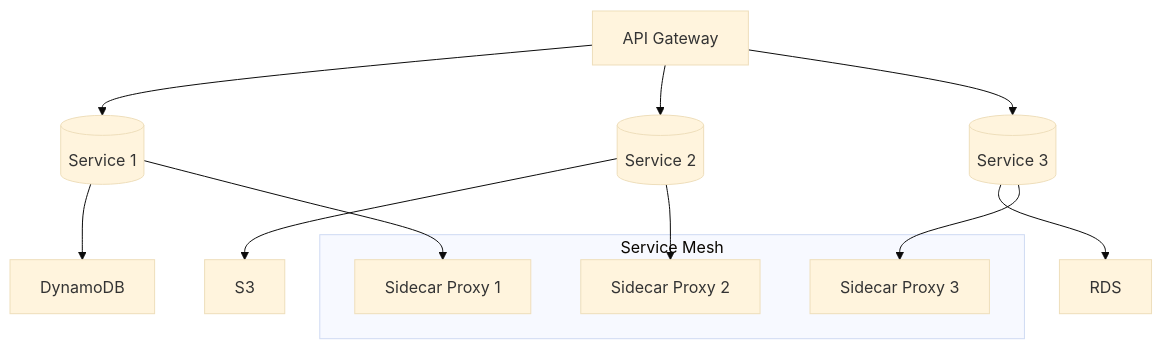
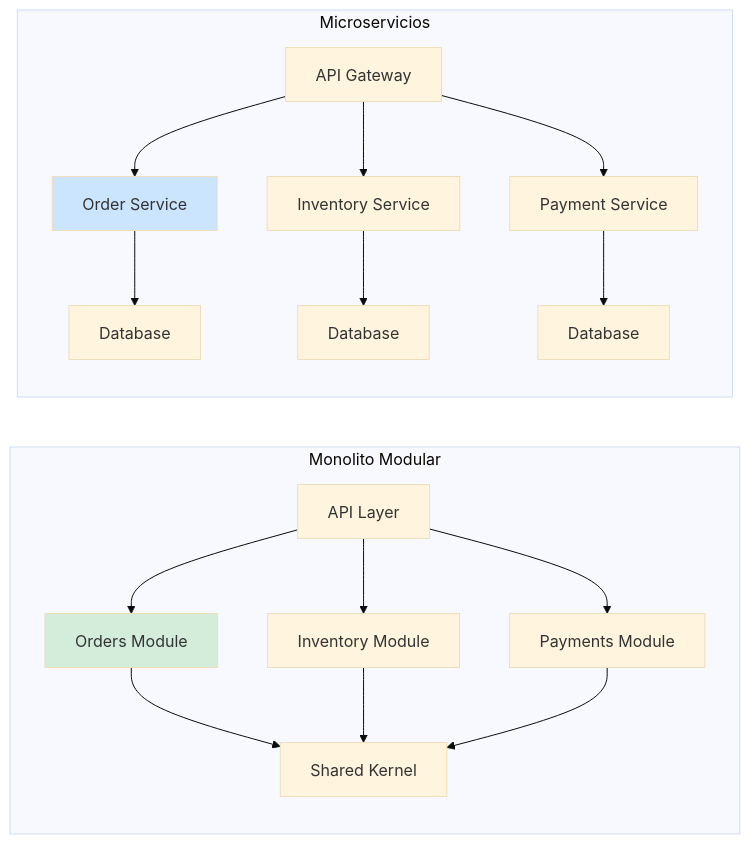
One commit to Joaquinriosheredia/DAM-Java-Mastery changed the second of 4 diagrams in _Review/monolito_modular_vs_microservicios_cuando_usar_cada_uno/monolito_modular_vs_microservicios_cuando_usar_cada_uno.md. Above: the diagram before and after it, drawn with Mermaid (base theme). The commit also changed other lines of this file, not shown here.

Commit message:
monolito_modular_vs_microservicios_cuando_usar_cada_uno.md

````diff
--- a/_Review/monolito_modular_vs_microservicios_cuando_usar_cada_uno/monolito_modular_vs_microservicios_cuando_usar_cada_uno.md
+++ b/_Review/monolito_modular_vs_microservicios_cuando_usar_cada_uno/monolito_modular_vs_microservicios_cuando_usar_cada_uno.md
@@ -521,16 +153,23 @@
 ```mermaid
-graph TD
-    A[API Gateway] --> B[(Service 1)] --> C[DynamoDB]
-    A --> D[(Service 2)] --> E[S3]
-    A --> F[(Service 3)] --> G[RDS]
-
-    subgraph Service Mesh
-        H[Sidecar Proxy 1]
-        I[Sidecar Proxy 2]
-        J[Sidecar Proxy 3]
+graph LR
+    subgraph "Monolito Modular"
+        A[API Layer] --> B[Orders Module]
+        A --> C[Inventory Module]
+        A --> D[Payments Module]
+        B --> E[Shared Kernel]
+        C --> E
+        D --> E
     end
-
-    B --> H
-    D --> I
-    F --> J
+    
+    subgraph "Microservicios"
+        F[API Gateway] --> G[Order Service]
+        F --> H[Inventory Service]
+        F --> I[Payment Service]
+        G --> J[Database]
+        H --> K[Database]
+        I --> L[Database]
+    end
+    
+    style B fill:#d4edda
+    style G fill:#cce5ff
 ```
````
